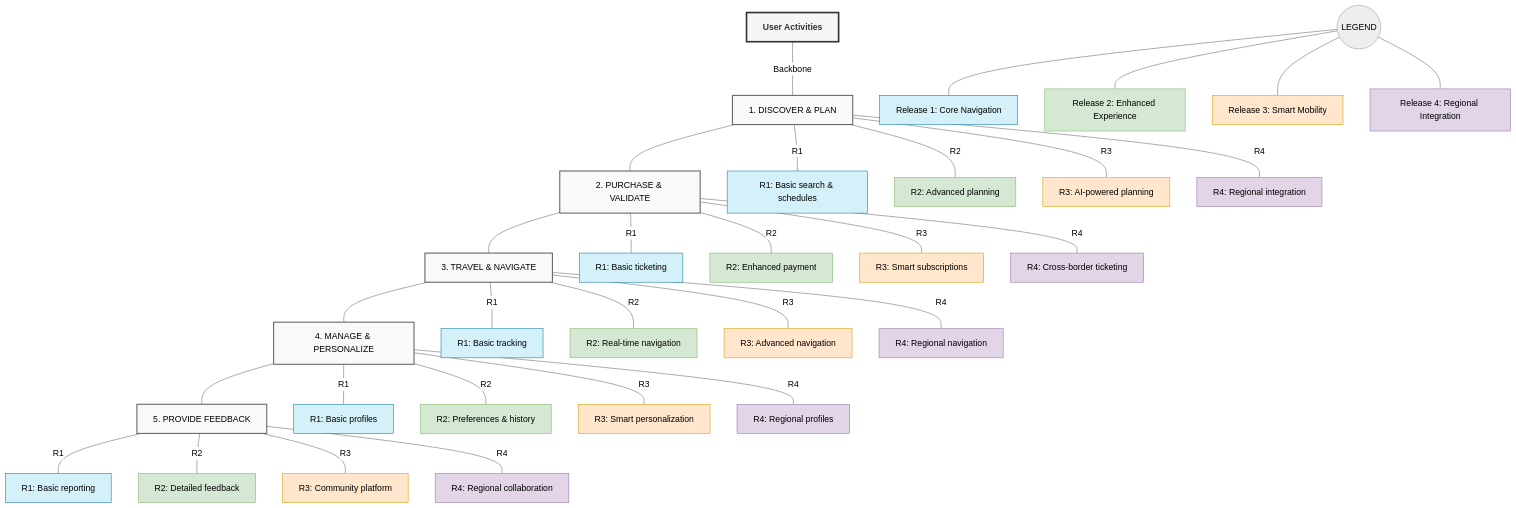
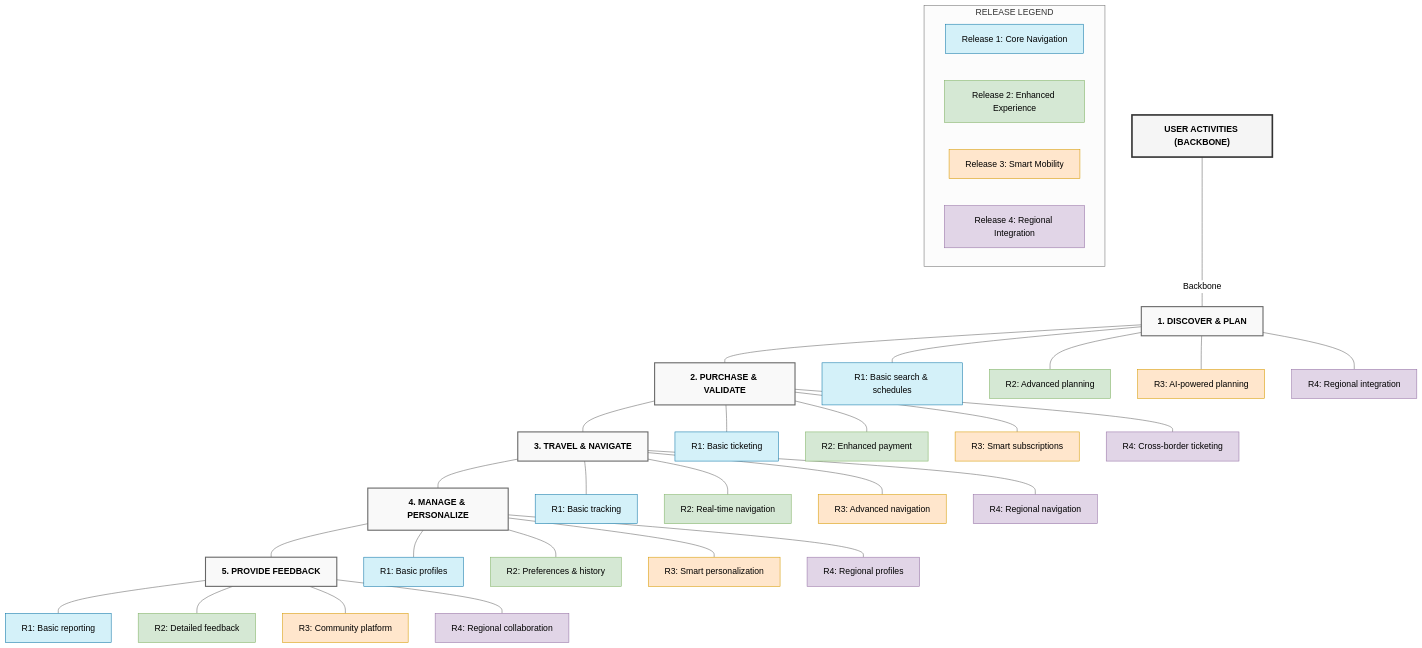
Before and after one commit to inviona/Software-Engineering-Analysis-and-Design-Project: the diagram in requirements/story_mapping.md, drawn with Mermaid (neutral theme).

Commit message:
problems with the visibility of the letters

````diff
--- a/requirements/story_mapping.md
+++ b/requirements/story_mapping.md
@@ -1,67 +1,63 @@
 ```mermaid
 
 graph TD
-    classDef release1 fill:#d4f1f9,stroke:#0e76a8
-    classDef release2 fill:#d5e8d4,stroke:#82b366
-    classDef release3 fill:#ffe6cc,stroke:#d79b00
-    classDef release4 fill:#e1d5e7,stroke:#9673a6
-    classDef activity fill:#f9f9f9,stroke:#666666,stroke-width:2px
-    classDef backbone fill:#f5f5f5,stroke:#333333,stroke-width:3px,color:#333333,font-weight:bold
+    classDef release1 fill:#d4f1f9,stroke:#0e76a8,color:black
+    classDef release2 fill:#d5e8d4,stroke:#82b366,color:black
+    classDef release3 fill:#ffe6cc,stroke:#d79b00,color:black
+    classDef release4 fill:#e1d5e7,stroke:#9673a6,color:black
+    classDef activity fill:#f9f9f9,stroke:#666666,stroke-width:2px,color:black,font-weight:bold
+    classDef backbone fill:#f5f5f5,stroke:#333333,stroke-width:3px,color:black,font-weight:bold
 
     %% Main Structure
-    Backbone[User Activities] ---|Backbone| Activity1
-    Activity1[1. DISCOVER & PLAN] --- Activity2
-    Activity2[2. PURCHASE & VALIDATE] --- Activity3
-    Activity3[3. TRAVEL & NAVIGATE] --- Activity4
-    Activity4[4. MANAGE & PERSONALIZE] --- Activity5
-    Activity5[5. PROVIDE FEEDBACK]
+    Backbone["USER ACTIVITIES (BACKBONE)"] ---|Backbone| Activity1
+    Activity1["1. DISCOVER & PLAN"] --- Activity2
+    Activity2["2. PURCHASE & VALIDATE"] --- Activity3
+    Activity3["3. TRAVEL & NAVIGATE"] --- Activity4
+    Activity4["4. MANAGE & PERSONALIZE"] --- Activity5
+    Activity5["5. PROVIDE FEEDBACK"]
 
-    %% Releases for Activity 1: DISCOVER & PLAN
-    Activity1 ---|R1| DP_R1[R1: Basic search & schedules]
-    Activity1 ---|R2| DP_R2[R2: Advanced planning]
-    Activity1 ---|R3| DP_R3[R3: AI-powered planning]
-    Activity1 ---|R4| DP_R4[R4: Regional integration]
+    %% Releases for Activity 1
+    Activity1 --- DP_R1["R1: Basic search & schedules"]
+    Activity1 --- DP_R2["R2: Advanced planning"]
+    Activity1 --- DP_R3["R3: AI-powered planning"]
+    Activity1 --- DP_R4["R4: Regional integration"]
 
-    %% Releases for Activity 2: PURCHASE & VALIDATE
-    Activity2 ---|R1| PV_R1[R1: Basic ticketing]
-    Activity2 ---|R2| PV_R2[R2: Enhanced payment]
-    Activity2 ---|R3| PV_R3[R3: Smart subscriptions]
-    Activity2 ---|R4| PV_R4[R4: Cross-border ticketing]
+    %% Releases for Activity 2
+    Activity2 --- PV_R1["R1: Basic ticketing"]
+    Activity2 --- PV_R2["R2: Enhanced payment"]
+    Activity2 --- PV_R3["R3: Smart subscriptions"]
+    Activity2 --- PV_R4["R4: Cross-border ticketing"]
 
-    %% Releases for Activity 3: TRAVEL & NAVIGATE
-    Activity3 ---|R1| TN_R1[R1: Basic tracking]
-    Activity3 ---|R2| TN_R2[R2: Real-time navigation]
-    Activity3 ---|R3| TN_R3[R3: Advanced navigation]
-    Activity3 ---|R4| TN_R4[R4: Regional navigation]
+    %% Releases for Activity 3
+    Activity3 --- TN_R1["R1: Basic tracking"]
+    Activity3 --- TN_R2["R2: Real-time navigation"]
+    Activity3 --- TN_R3["R3: Advanced navigation"]
+    Activity3 --- TN_R4["R4: Regional navigation"]
 
-    %% Releases for Activity 4: MANAGE & PERSONALIZE
-    Activity4 ---|R1| MP_R1[R1: Basic profiles]
-    Activity4 ---|R2| MP_R2[R2: Preferences & history]
-    Activity4 ---|R3| MP_R3[R3: Smart personalization]
-    Activity4 ---|R4| MP_R4[R4: Regional profiles]
+    %% Releases for Activity 4
+    Activity4 --- MP_R1["R1: Basic profiles"]
+    Activity4 --- MP_R2["R2: Preferences & history"]
+    Activity4 --- MP_R3["R3: Smart personalization"]
+    Activity4 --- MP_R4["R4: Regional profiles"]
 
-    %% Releases for Activity 5: PROVIDE FEEDBACK
-    Activity5 ---|R1| PF_R1[R1: Basic reporting]
-    Activity5 ---|R2| PF_R2[R2: Detailed feedback]
-    Activity5 ---|R3| PF_R3[R3: Community platform]
-    Activity5 ---|R4| PF_R4[R4: Regional collaboration]
+    %% Releases for Activity 5
+    Activity5 --- PF_R1["R1: Basic reporting"]
+    Activity5 --- PF_R2["R2: Detailed feedback"]
+    Activity5 --- PF_R3["R3: Community platform"]
+    Activity5 --- PF_R4["R4: Regional collaboration"]
 
     %% Legend
-    Legend((LEGEND))
-    R1[Release 1: Core Navigation]
-    R2[Release 2: Enhanced Experience]
-    R3[Release 3: Smart Mobility]
-    R4[Release 4: Regional Integration]
-
-    Legend --- R1
-    Legend --- R2
-    Legend --- R3
-    Legend --- R4
+    subgraph Legend["RELEASE LEGEND"]
+        R1["Release 1: Core Navigation"]
+        R2["Release 2: Enhanced Experience"]
+        R3["Release 3: Smart Mobility"]
+        R4["Release 4: Regional Integration"]
+    end
 
     class Backbone backbone
     class Activity1,Activity2,Activity3,Activity4,Activity5 activity
     class DP_R1,PV_R1,TN_R1,MP_R1,PF_R1,R1 release1
     class DP_R2,PV_R2,TN_R2,MP_R2,PF_R2,R2 release2
     class DP_R3,PV_R3,TN_R3,MP_R3,PF_R3,R3 release3
     class DP_R4,PV_R4,TN_R4,MP_R4,PF_R4,R4 release4
 ```
````
